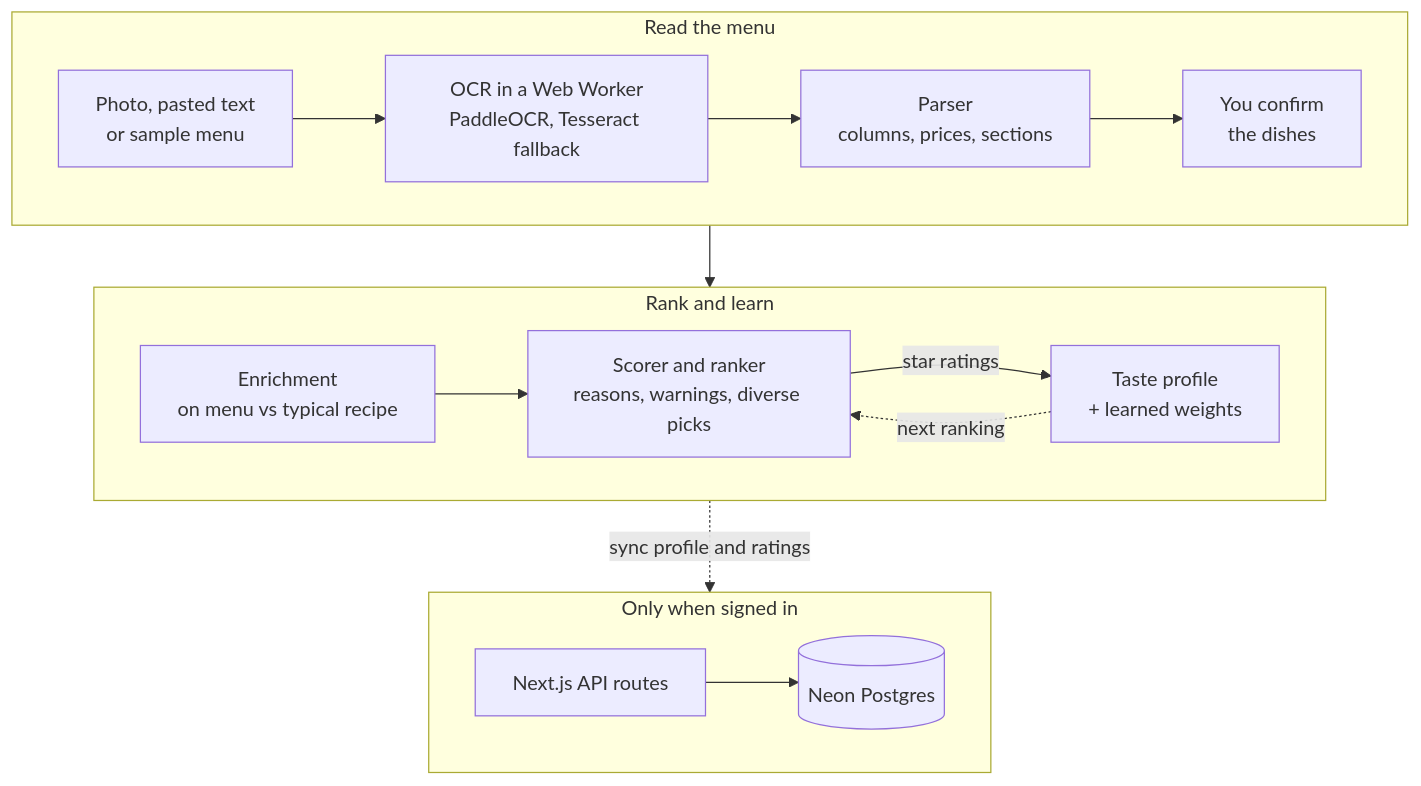
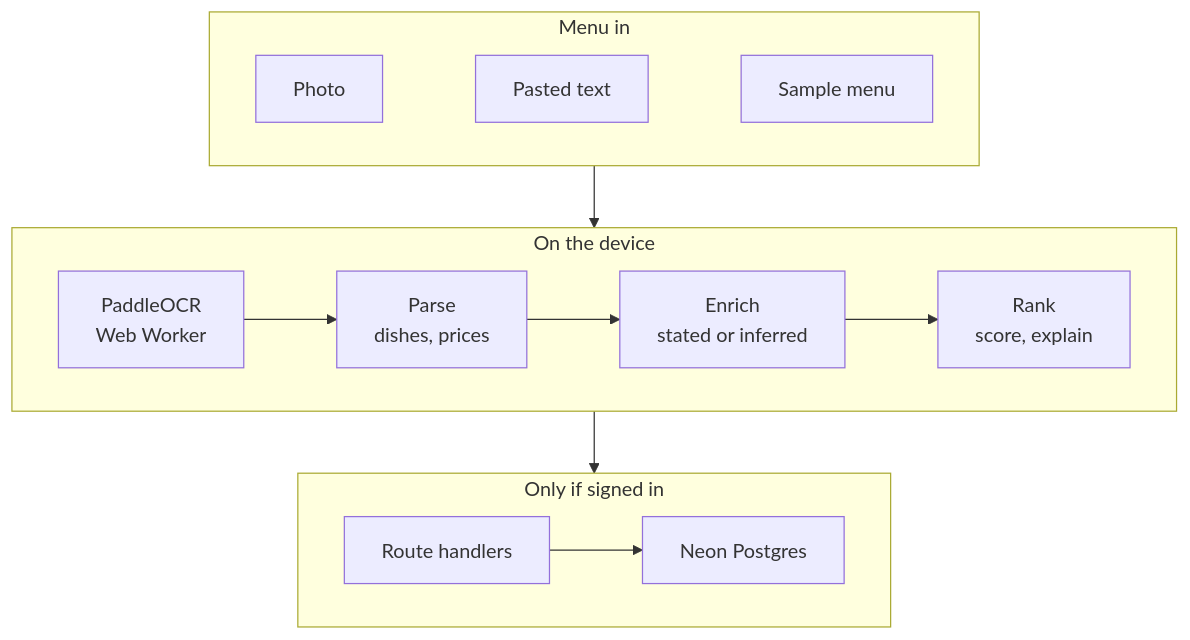
One commit to bhnsadhu/dishwise changed the diagram in README.md. Above: the diagram before and after it, drawn with Mermaid. The commit also changed other lines of this file and 6 other files, not shown here.

````diff
--- a/README.md
+++ b/README.md
@@ -46,18 +40,17 @@
 ```mermaid
 flowchart TD
-  subgraph read["Read the menu"]
+  subgraph in["Menu in"]
     direction LR
-    input["Photo, pasted text<br/>or sample menu"] --> ocr["OCR in a Web Worker<br/>PaddleOCR, Tesseract fallback"] --> parse["Parser<br/>columns, prices, sections"] --> check["You confirm<br/>the dishes"]
+    photo["Photo"] ~~~ paste["Pasted text"] ~~~ sample["Sample menu"]
   end
-  subgraph rankg["Rank and learn"]
+  subgraph device["On the device"]
     direction LR
-    enrich["Enrichment<br/>on menu vs typical recipe"] --> rank["Scorer and ranker<br/>reasons, warnings, diverse picks"] -->|"star ratings"| profile["Taste profile<br/>+ learned weights"]
-    profile -.->|"next ranking"| rank
+    ocr["PaddleOCR<br/>Web Worker"] --> parse["Parse<br/>dishes, prices"] --> enrich["Enrich<br/>stated or inferred"] --> rank["Rank<br/>score, explain"]
   end
-  subgraph save["Only when signed in"]
+  subgraph server["Only if signed in"]
     direction LR
-    api["Next.js API routes"] --> db[("Neon Postgres")]
+    api["Route handlers"] --> db["Neon Postgres"]
   end
-  read --> rankg
-  rankg -.->|"sync profile and ratings"| save
+  in --> device
+  device --> server
 ```
````
